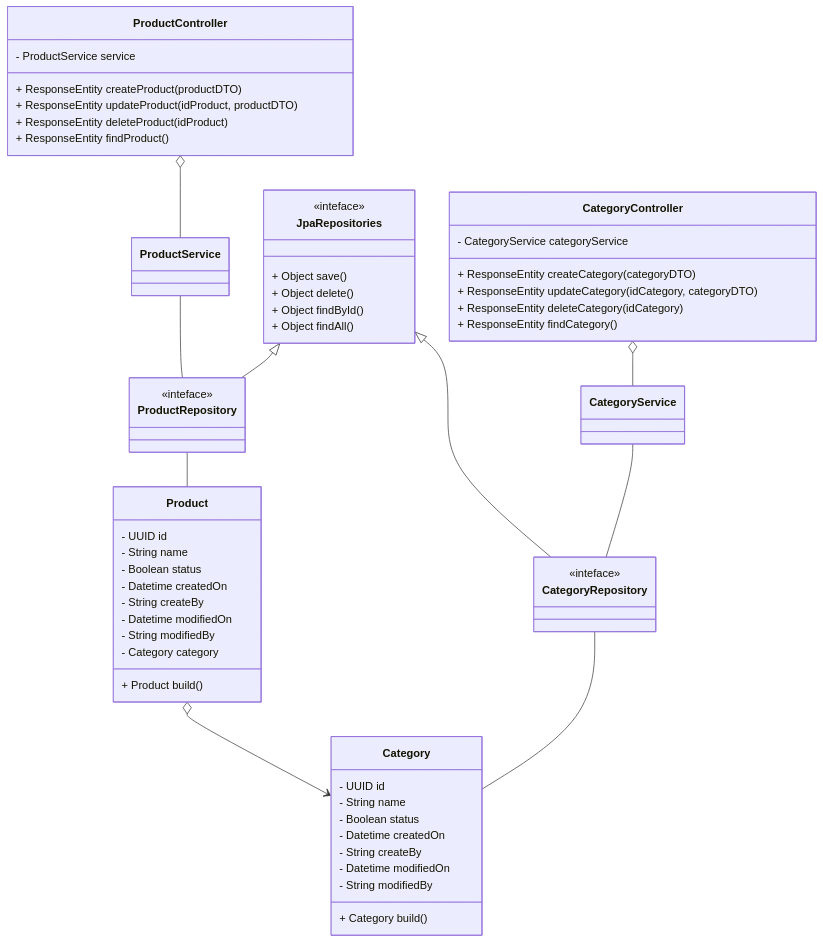
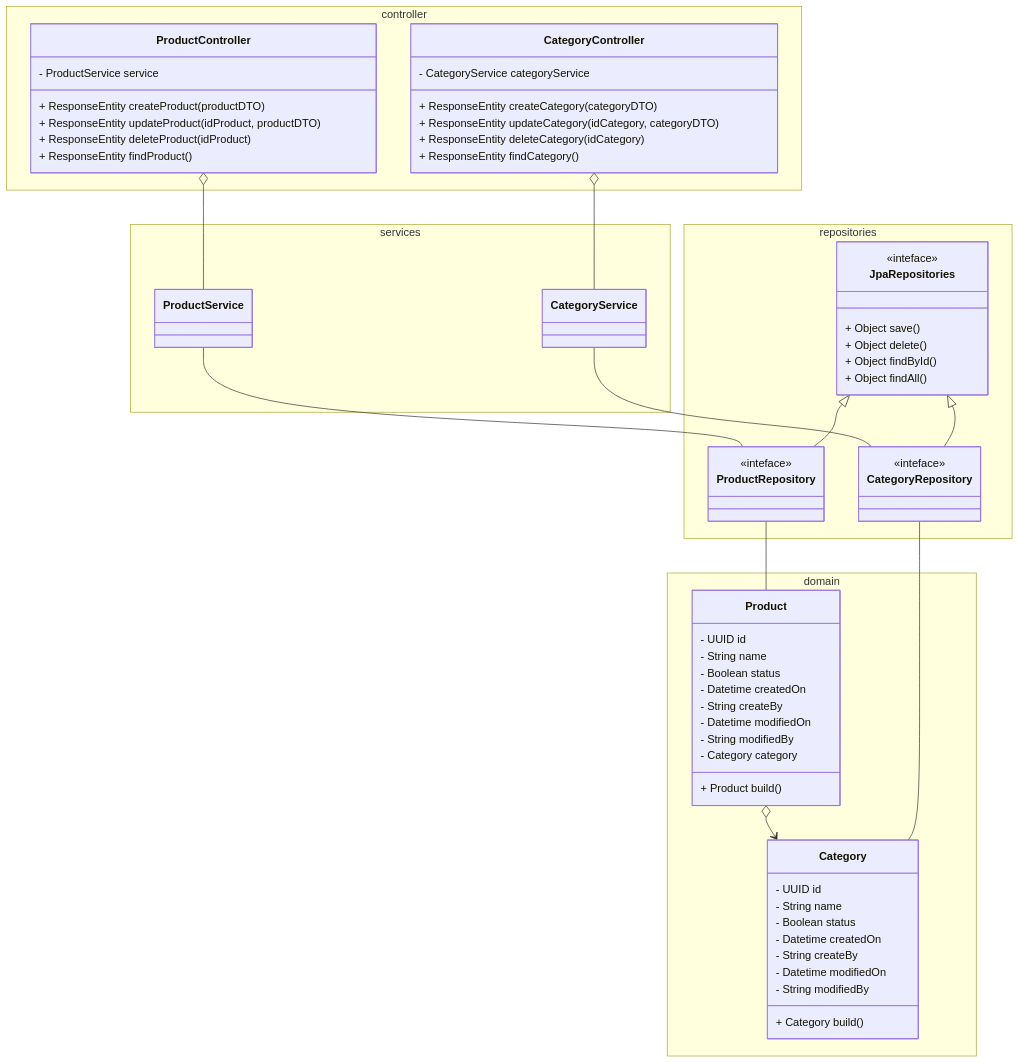
One commit to lgomesb/spring-ms-product-catalog-mgmt changed the second of 2 diagrams in README.md. Above: the diagram before and after it, drawn with Mermaid.

Commit message:
Update document of api

````diff
--- a/README.md
+++ b/README.md
@@ -40,71 +40,86 @@
 ```mermaid
 
 classDiagram
+
+    namespace domain {
+        class Category {
+            - UUID id
+            - String name
+            - Boolean status
+            - Datetime createdOn
+            - String createBy
+            - Datetime modifiedOn
+            - String modifiedBy
+            + Category build()
+        }
+
+        class Product {
+            - UUID id
+            - String name
+            - Boolean status
+            - Datetime createdOn
+            - String createBy
+            - Datetime modifiedOn
+            - String modifiedBy
+            - Category category
+            + Product build()
+        }
+    }
+    
+    namespace repositories {
+        class CategoryRepository {
+            <<inteface>>
+
+        }
+
+        class ProductRepository {
+            <<inteface>>
+        }
+
+        class JpaRepositories {
+            <<inteface>>
+            + Object save()
+            + Object delete()
+            + Object findById()
+            + Object findAll()
+        }
+    }
+    namespace controller {
+        class ProductController {
+            - ProductService service
+            + ResponseEntity createProduct(productDTO)
+            + ResponseEntity updateProduct(idProduct, productDTO)
+            + ResponseEntity deleteProduct(idProduct)
+            + ResponseEntity findProduct()
+        }
+
+        class CategoryController {
+            - CategoryService categoryService
+            + ResponseEntity createCategory(categoryDTO)
+            + ResponseEntity updateCategory(idCategory, categoryDTO)
+            + ResponseEntity deleteCategory(idCategory)
+            + ResponseEntity findCategory()
+        }
+
+    }
+    
+    namespace services {
+        class CategoryService
+        class ProductService
+    }
     Product o--> Category
     CategoryRepository -- Category
     ProductRepository  -- Product
     CategoryService -- CategoryRepository
     ProductService  -- ProductRepository
     JpaRepositories <|-- ProductRepository
     JpaRepositories <|-- CategoryRepository
     ProductController o-- ProductService
     CategoryController o-- CategoryService
+    
 
-    class Category {
-        - UUID id
-        - String name
-        - Boolean status
-        - Datetime createdOn
-        - String createBy
-        - Datetime modifiedOn
-        - String modifiedBy
-        + Category build()
-    }
 
-    class Product {
-        - UUID id
-        - String name
-        - Boolean status
-        - Datetime createdOn
-        - String createBy
-        - Datetime modifiedOn
-        - String modifiedBy
-        - Category category
-        + Product build()
-    }
 
-    class CategoryRepository {
-        <<inteface>>
-
-    }
-
-    class ProductRepository {
-        <<inteface>>
-    }
-
-    class JpaRepositories {
-        <<inteface>>
-        + Object save()
-        + Object delete()
-        + Object findById()
-        + Object findAll()
-    }
-
-    class ProductController {
-        - ProductService service
-        + ResponseEntity createProduct(productDTO)
-        + ResponseEntity updateProduct(idProduct, productDTO)
-        + ResponseEntity deleteProduct(idProduct)
-        + ResponseEntity findProduct()
-    }
-
-    class CategoryController {
-        - CategoryService categoryService
-        + ResponseEntity createCategory(categoryDTO)
-        + ResponseEntity updateCategory(idCategory, categoryDTO)
-        + ResponseEntity deleteCategory(idCategory)
-        + ResponseEntity findCategory()
-    }
 
     
 ```
````
